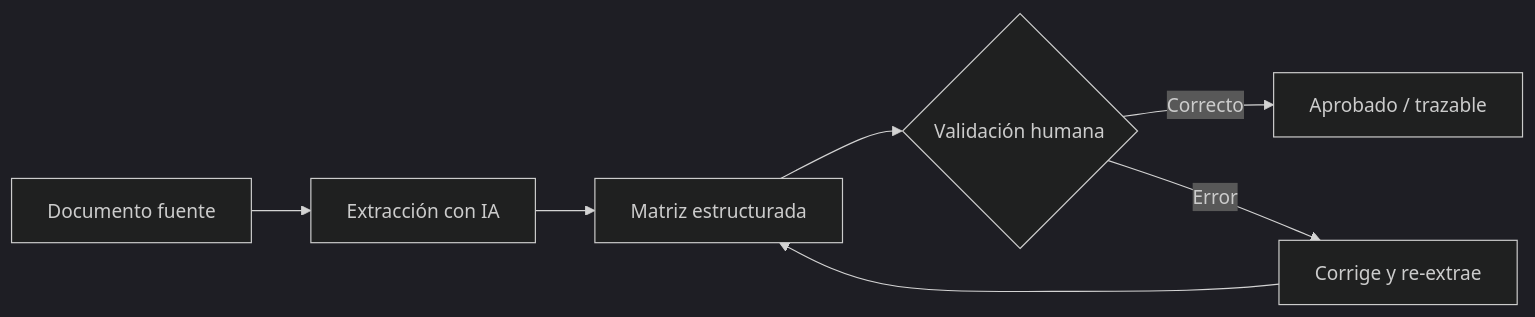
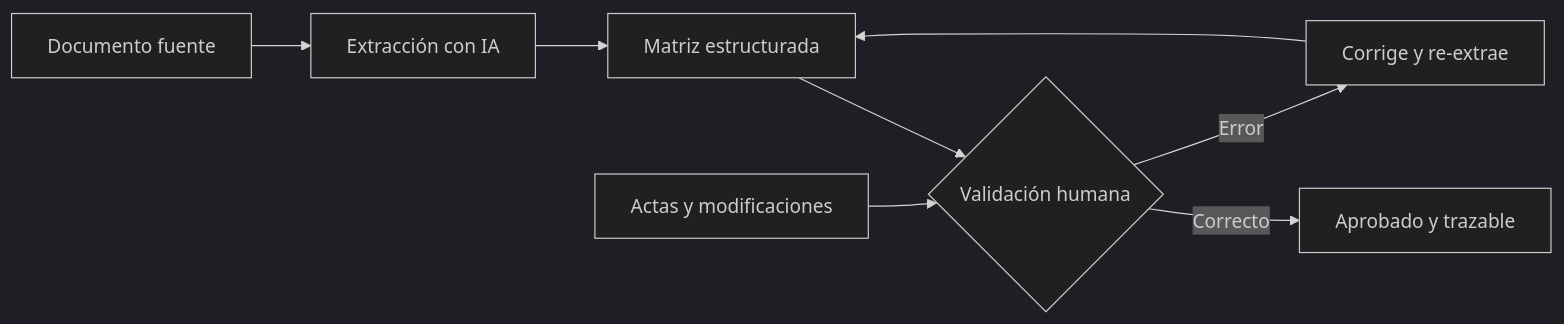
The diagram in docs/sessions/04-extraccion-gobierno.md (puyojulian-ascend/DiplomadoBIM.IA), drawn with Mermaid (dark theme) before and after one commit. The commit also changed other lines of this file and 30 other files, not shown here.

````diff
--- a/docs/sessions/04-extraccion-gobierno.md
+++ b/docs/sessions/04-extraccion-gobierno.md
@@ -140,9 +190,10 @@
 ```mermaid
 flowchart LR
     A[Documento fuente] --> B[Extracción con IA]
     B --> C[Matriz estructurada]
     C --> D{Validación humana}
-    D -- Correcto --> E[Aprobado / trazable]
+    D -- Correcto --> E[Aprobado y trazable]
     D -- Error --> F[Corrige y re-extrae]
     F --> C
+    G[Actas y modificaciones] --> D
 ```
````
